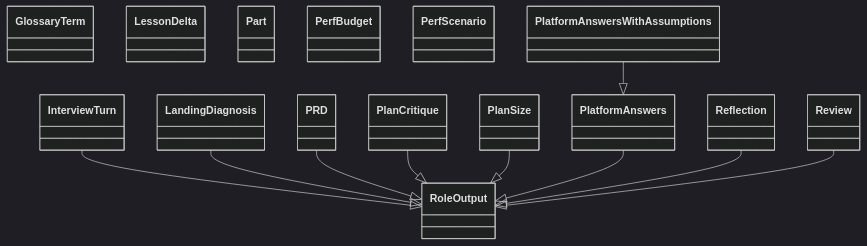
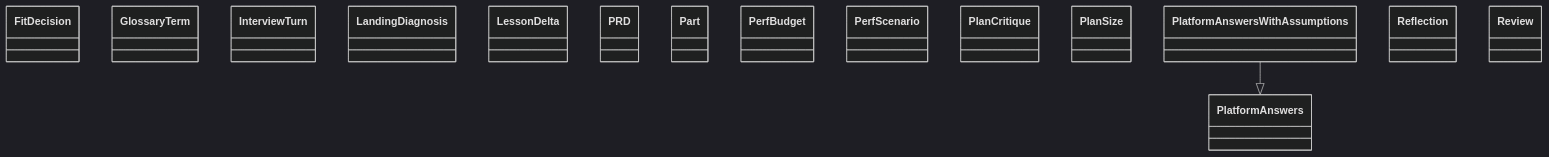
The diagram in docs/architecture/generated/classes-process-domain-roles-3.md (GonzaloZevallos/agentic-system), drawn with Mermaid (dark theme) before and after one commit. The commit also changed other lines of this file and 6 other files, not shown here.

````diff
--- a/docs/architecture/generated/classes-process-domain-roles-3.md
+++ b/docs/architecture/generated/classes-process-domain-roles-3.md
@@ -28,27 +28,19 @@
 ```mermaid
 classDiagram
+    class schemas__FitDecision["FitDecision"]
     class schemas__GlossaryTerm["GlossaryTerm"]
     class schemas__InterviewTurn["InterviewTurn"]
     class schemas__LandingDiagnosis["LandingDiagnosis"]
     class schemas__LessonDelta["LessonDelta"]
     class schemas__PRD["PRD"]
     class schemas__Part["Part"]
     class schemas__PerfBudget["PerfBudget"]
     class schemas__PerfScenario["PerfScenario"]
     class schemas__PlanCritique["PlanCritique"]
     class schemas__PlanSize["PlanSize"]
     class schemas__PlatformAnswers["PlatformAnswers"]
     class schemas__PlatformAnswersWithAssumptions["PlatformAnswersWithAssumptions"]
     class schemas__Reflection["Reflection"]
     class schemas__Review["Review"]
-    class schemas__RoleOutput["RoleOutput"]
-    schemas__InterviewTurn --|> schemas__RoleOutput
-    schemas__LandingDiagnosis --|> schemas__RoleOutput
-    schemas__PRD --|> schemas__RoleOutput
-    schemas__PlanCritique --|> schemas__RoleOutput
-    schemas__PlanSize --|> schemas__RoleOutput
-    schemas__PlatformAnswers --|> schemas__RoleOutput
     schemas__PlatformAnswersWithAssumptions --|> schemas__PlatformAnswers
-    schemas__Reflection --|> schemas__RoleOutput
-    schemas__Review --|> schemas__RoleOutput
 ```
````
